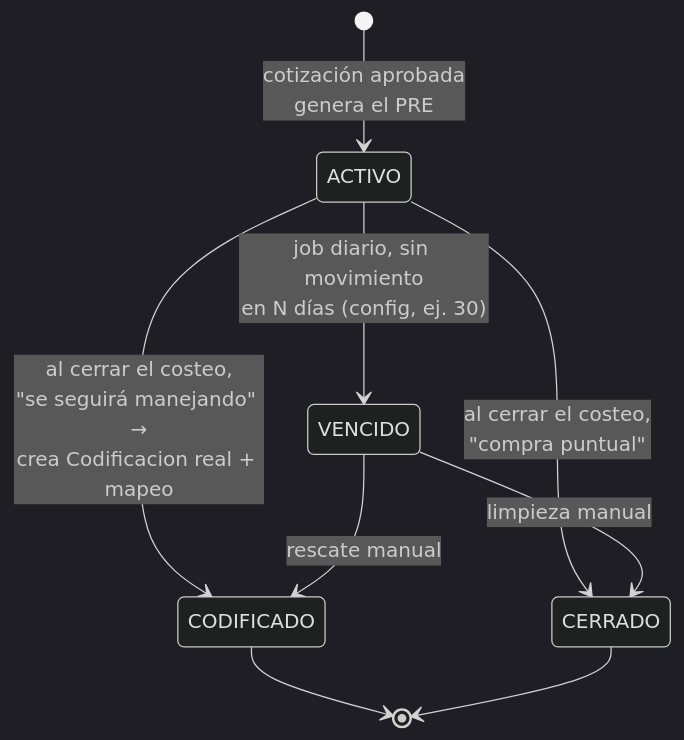
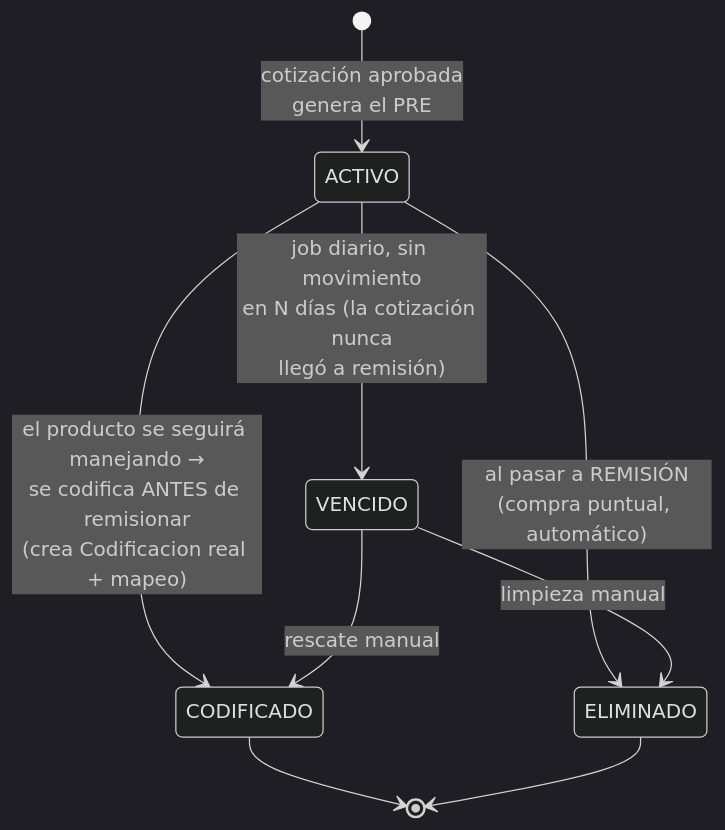
One commit to juliantovar05/Pruebas-farmy changed the second of 3 diagrams in docs/04-codigo-pre-y-ocr-facturas.md. Above: the diagram before and after it, drawn with Mermaid (dark theme). The commit also changed other lines of this file, not shown here.

First line of the commit message:
Definir la remisión como punto final del código PRE

````diff
--- a/docs/04-codigo-pre-y-ocr-facturas.md
+++ b/docs/04-codigo-pre-y-ocr-facturas.md
@@ -74,11 +75,11 @@
 ```mermaid
 stateDiagram-v2
     [*] --> ACTIVO : cotización aprobada<br/>genera el PRE
-    ACTIVO --> CODIFICADO : al cerrar el costeo,<br/>"se seguirá manejando" →<br/>crea Codificacion real + mapeo
-    ACTIVO --> CERRADO : al cerrar el costeo,<br/>"compra puntual"
-    ACTIVO --> VENCIDO : job diario, sin movimiento<br/>en N días (config, ej. 30)
+    ACTIVO --> CODIFICADO : el producto se seguirá manejando →<br/>se codifica ANTES de remisionar<br/>(crea Codificacion real + mapeo)
+    ACTIVO --> ELIMINADO : al pasar a REMISIÓN<br/>(compra puntual, automático)
+    ACTIVO --> VENCIDO : job diario, sin movimiento<br/>en N días (la cotización nunca<br/>llegó a remisión)
     VENCIDO --> CODIFICADO : rescate manual
-    VENCIDO --> CERRADO : limpieza manual
+    VENCIDO --> ELIMINADO : limpieza manual
     CODIFICADO --> [*]
-    CERRADO --> [*]
+    ELIMINADO --> [*]
 ```
````
